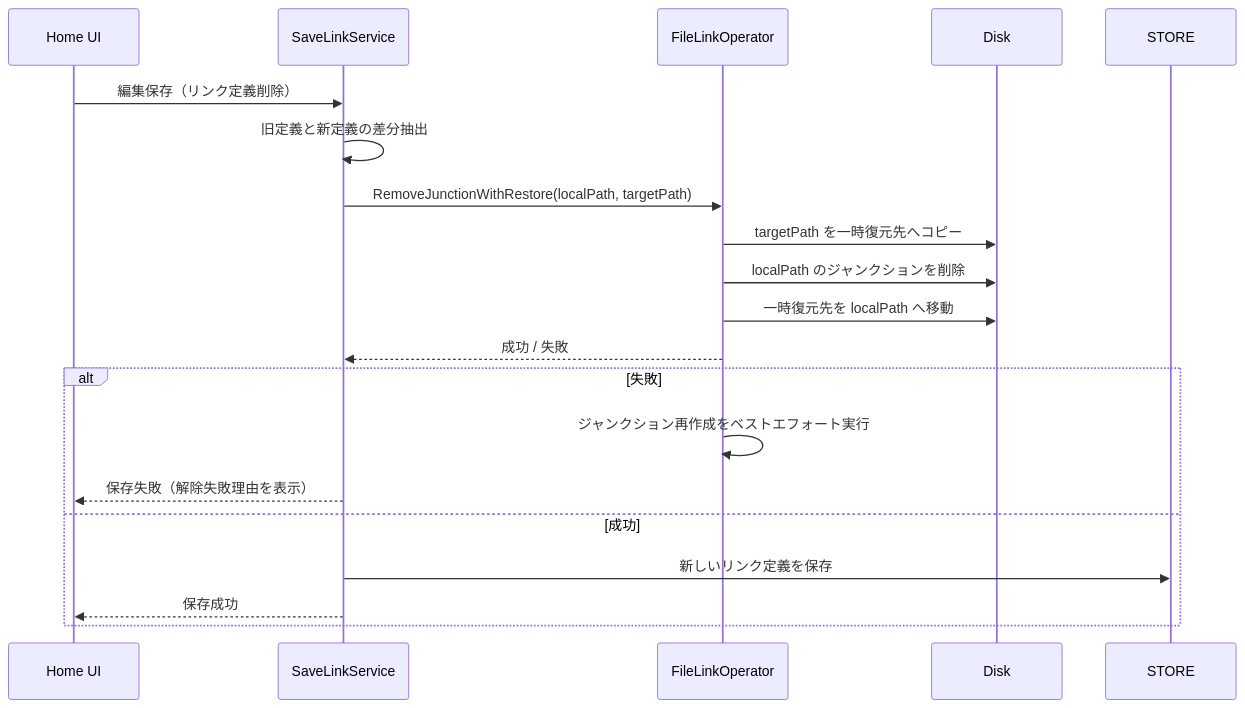
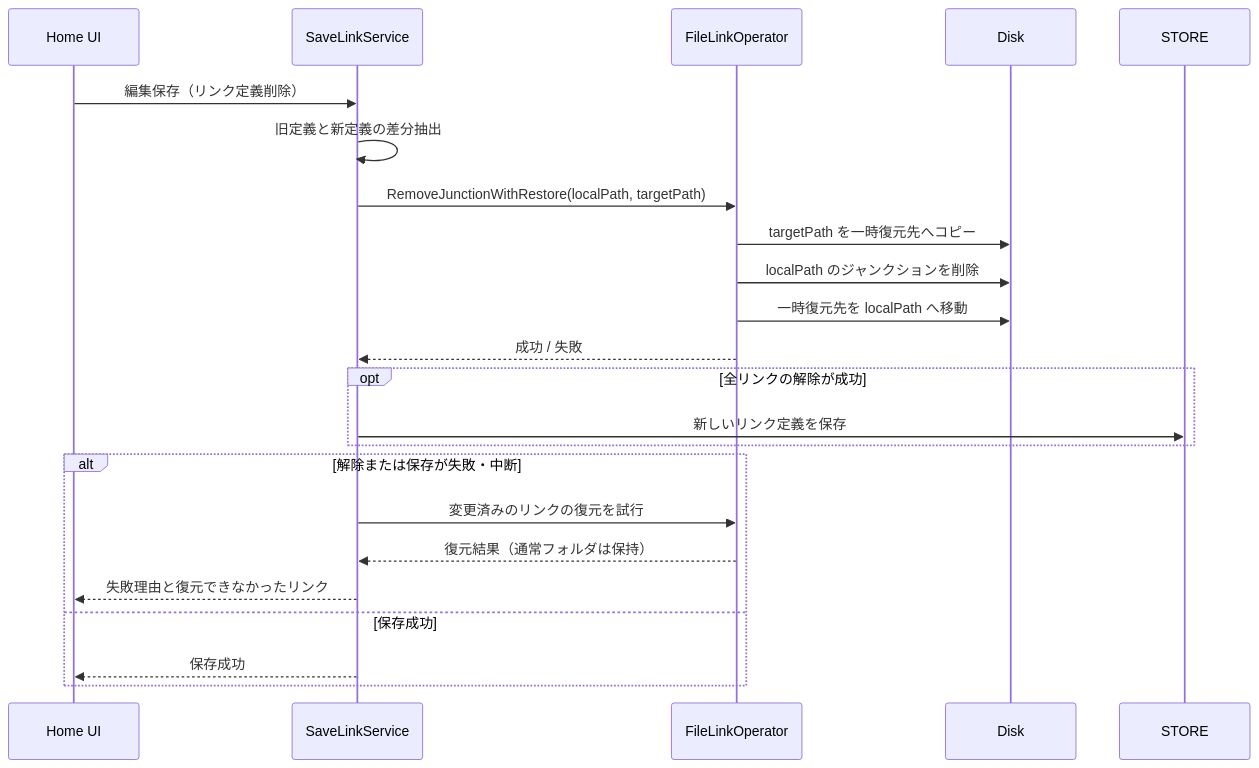
One commit to natumekazuki/GameLauncherWithGit changed the fourth of 4 diagrams in docs/design/game-save-link-manager.md. Above: the diagram before and after it, drawn with Mermaid. The commit also changed other lines of this file and 11 other files, not shown here.

````diff
--- a/docs/design/game-save-link-manager.md
+++ b/docs/design/game-save-link-manager.md
@@ -170,22 +170,25 @@
 ```mermaid
 sequenceDiagram
     participant UI as Home UI
     participant S as SaveLinkService
     participant F as FileLinkOperator
     participant D as Disk
 
     UI->>S: 編集保存（リンク定義削除）
     S->>S: 旧定義と新定義の差分抽出
     S->>F: RemoveJunctionWithRestore(localPath, targetPath)
     F->>D: targetPath を一時復元先へコピー
     F->>D: localPath のジャンクションを削除
     F->>D: 一時復元先を localPath へ移動
     F-->>S: 成功 / 失敗
-    alt 失敗
-        F->>F: ジャンクション再作成をベストエフォート実行
-        S-->>UI: 保存失敗（解除失敗理由を表示）
-    else 成功
+    opt 全リンクの解除が成功
         S->>STORE: 新しいリンク定義を保存
+    end
+    alt 解除または保存が失敗・中断
+        S->>F: 変更済みのリンクの復元を試行
+        F-->>S: 復元結果（通常フォルダは保持）
+        S-->>UI: 失敗理由と復元できなかったリンク
+    else 保存成功
         S-->>UI: 保存成功
     end
 ```
````
